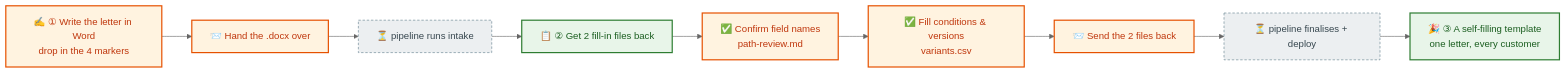
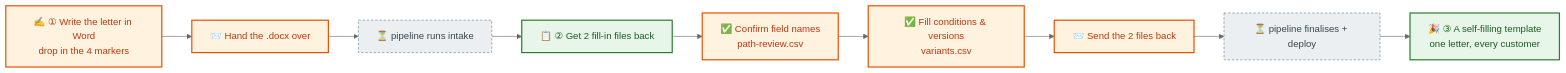
The second of 4 diagrams in docs/pipeline-dataflow.md (joshlawrence-web/socotra-document-conversion), drawn with Mermaid (neutral theme) before and after one commit. The commit also changed other lines of this file and 8 other files, not shown here.

First line of the commit message:
feat(leg-1): customer-fill path-review.csv backed by canonical .md

````diff
--- a/docs/pipeline-dataflow.md
+++ b/docs/pipeline-dataflow.md
@@ -59,18 +59,18 @@
 ```mermaid
 flowchart LR
     classDef do fill:#fff3e0,stroke:#e65100,color:#bf360c,stroke-width:2px;
     classDef get fill:#e8f5e9,stroke:#2e7d32,color:#1b5e20,stroke-width:2px;
     classDef wait fill:#eceff1,stroke:#607d8b,color:#37474f,stroke-dasharray:4 3;
 
     A["✍️ ① Write the letter in Word<br/>drop in the 4 markers"]:::do
     B["📨 Hand the .docx over"]:::do
     W1["⏳ pipeline runs intake"]:::wait
     C["📋 ② Get 2 fill-in files back"]:::get
-    D["✅ Confirm field names<br/>path-review.md"]:::do
+    D["✅ Confirm field names<br/>path-review.csv"]:::do
     E["✅ Fill conditions & versions<br/>variants.csv"]:::do
     F["📨 Send the 2 files back"]:::do
     W2["⏳ pipeline finalises + deploy"]:::wait
     G["🎉 ③ A self-filling template<br/>one letter, every customer"]:::get
 
     A --> B --> W1 --> C --> D --> E --> F --> W2 --> G
 ```
````
